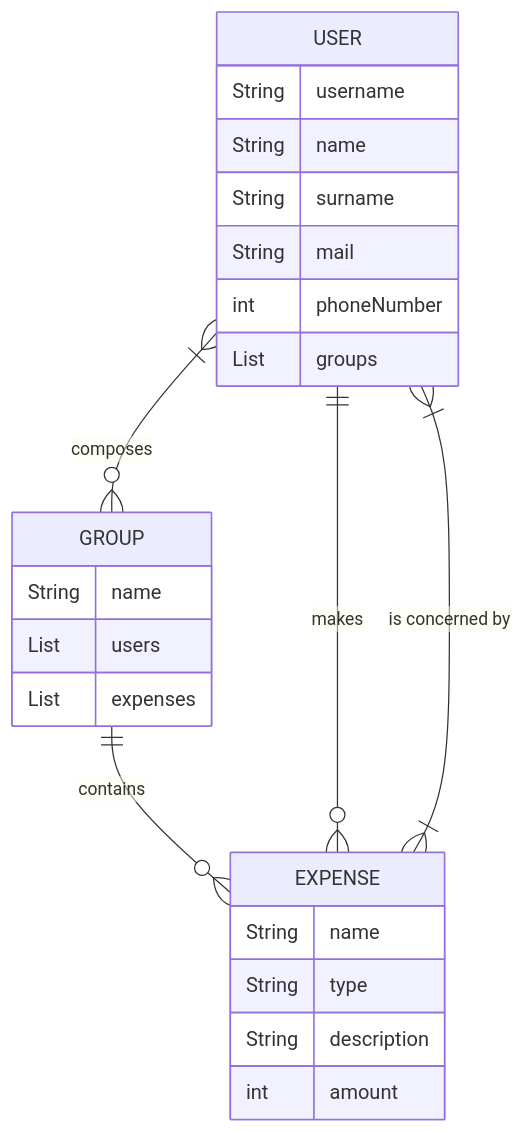
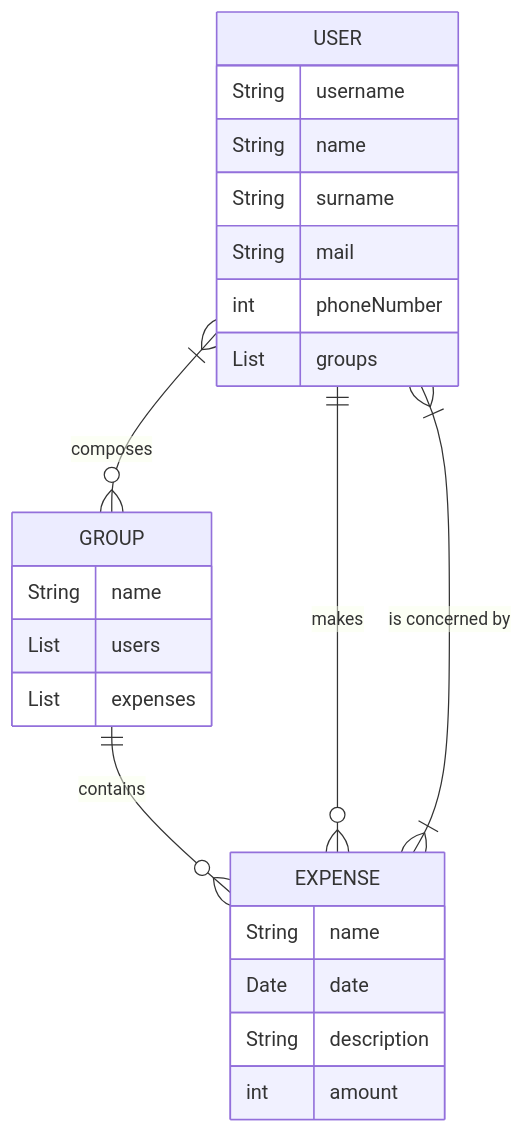
The diagram in docs/ERdiag.md (HeleneAmouzou/QuiPayeQuoiHelene), drawn with Mermaid before and after one commit. The commit also changed 1 other file, not shown here.

Commit message:
docs: update diagramms

````diff
--- a/docs/ERdiag.md
+++ b/docs/ERdiag.md
@@ -1,31 +1,31 @@
 ```mermaid
 
 erDiagram
     USER }|--o{ GROUP : composes
     GROUP ||--o{ EXPENSE : contains
     USER ||--o{ EXPENSE : makes
     USER }|--|{ EXPENSE : "is concerned by"
 
 USER {
     String username
     String name 
     String surname
     String mail 
     int phoneNumber 
     List groups
 }
     
 GROUP {
     String name
     List users 
     List expenses
 }
 
 EXPENSE {
     String name
-    String type
+    Date date
     String description 
     int amount 
 }
 
 ```
````
